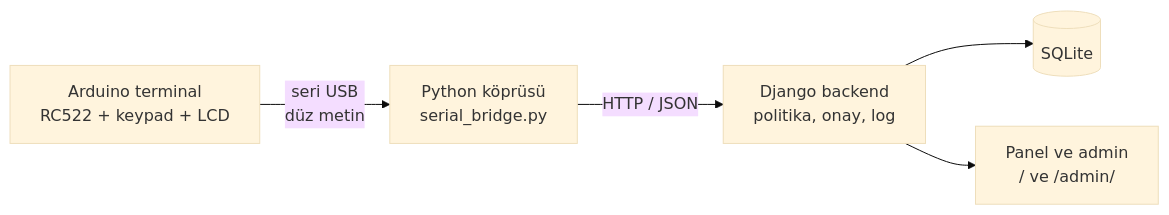
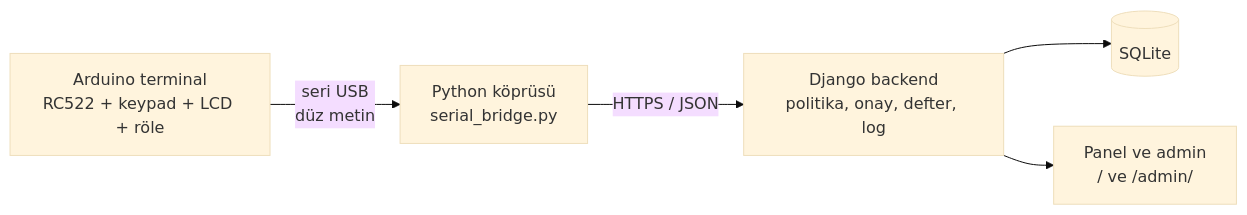
The first of 5 diagrams in README.md (ikrabaser/rfid-multisig-atm), drawn with Mermaid (base theme) before and after one commit. The commit also changed other lines of this file, not shown here.

Commit message:
docs: document ledger, anomaly rules, vault flow and HTTPS

````diff
--- a/README.md
+++ b/README.md
@@ -9,7 +10,7 @@
 ```mermaid
 flowchart LR
-    A["Arduino terminal<br/>RC522 + keypad + LCD"] -- "seri USB<br/>düz metin" --> B["Python köprüsü<br/>serial_bridge.py"]
-    B -- "HTTP / JSON" --> C["Django backend<br/>politika, onay, log"]
+    A["Arduino terminal<br/>RC522 + keypad + LCD + röle"] -- "seri USB<br/>düz metin" --> B["Python köprüsü<br/>serial_bridge.py"]
+    B -- "HTTPS / JSON" --> C["Django backend<br/>politika, onay, defter, log"]
     C --> D[("SQLite")]
     C --> E["Panel ve admin<br/>/ ve /admin/"]
 ```
````
